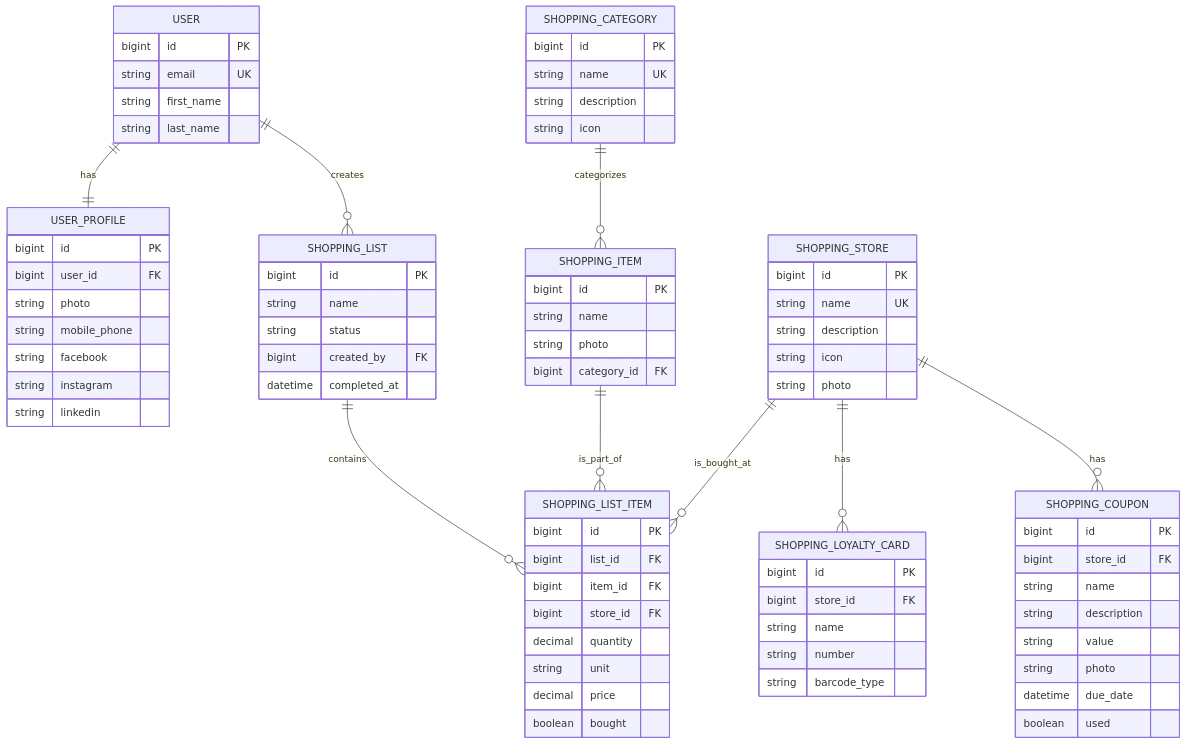
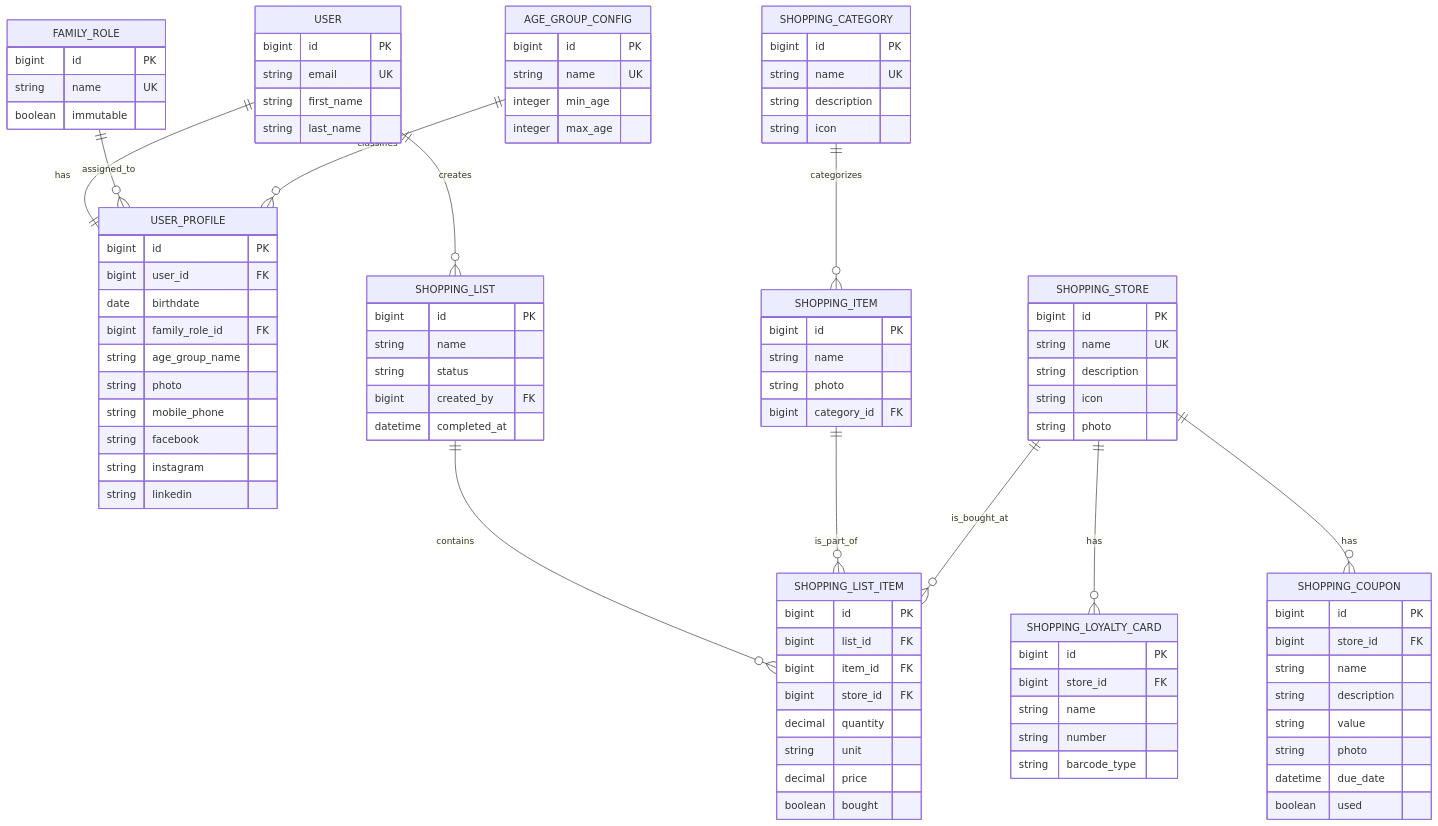
Before and after one commit to jlmonteiro/home-application: the second of 2 diagrams in docs/specification/design.md, drawn with Mermaid. The commit also changed other lines of this file and 8 other files, not shown here.

```diff
--- a/docs/specification/design.md
+++ b/docs/specification/design.md
@@ -113,6 +202,8 @@
     SHOPPING_LIST ||--o{ SHOPPING_LIST_ITEM : "contains"
     SHOPPING_ITEM ||--o{ SHOPPING_LIST_ITEM : "is_part_of"
     SHOPPING_STORE ||--o{ SHOPPING_LIST_ITEM : "is_bought_at"
+    FAMILY_ROLE ||--o{ USER_PROFILE : "assigned_to"
+    AGE_GROUP_CONFIG ||--o{ USER_PROFILE : "classifies"
 
     USER {
         bigint id PK
@@ -124,11 +215,27 @@
     USER_PROFILE {
         bigint id PK
         bigint user_id FK
+        date birthdate
+        bigint family_role_id FK
+        string age_group_name
         string photo
         string mobile_phone
         string facebook
         string instagram
         string linkedin
+    }
+
+    FAMILY_ROLE {
+        bigint id PK
+        string name UK
+        boolean immutable
+    }
+
+    AGE_GROUP_CONFIG {
+        bigint id PK
+        string name UK
+        integer min_age
+        integer max_age
     }
 
     SHOPPING_CATEGORY {
```
